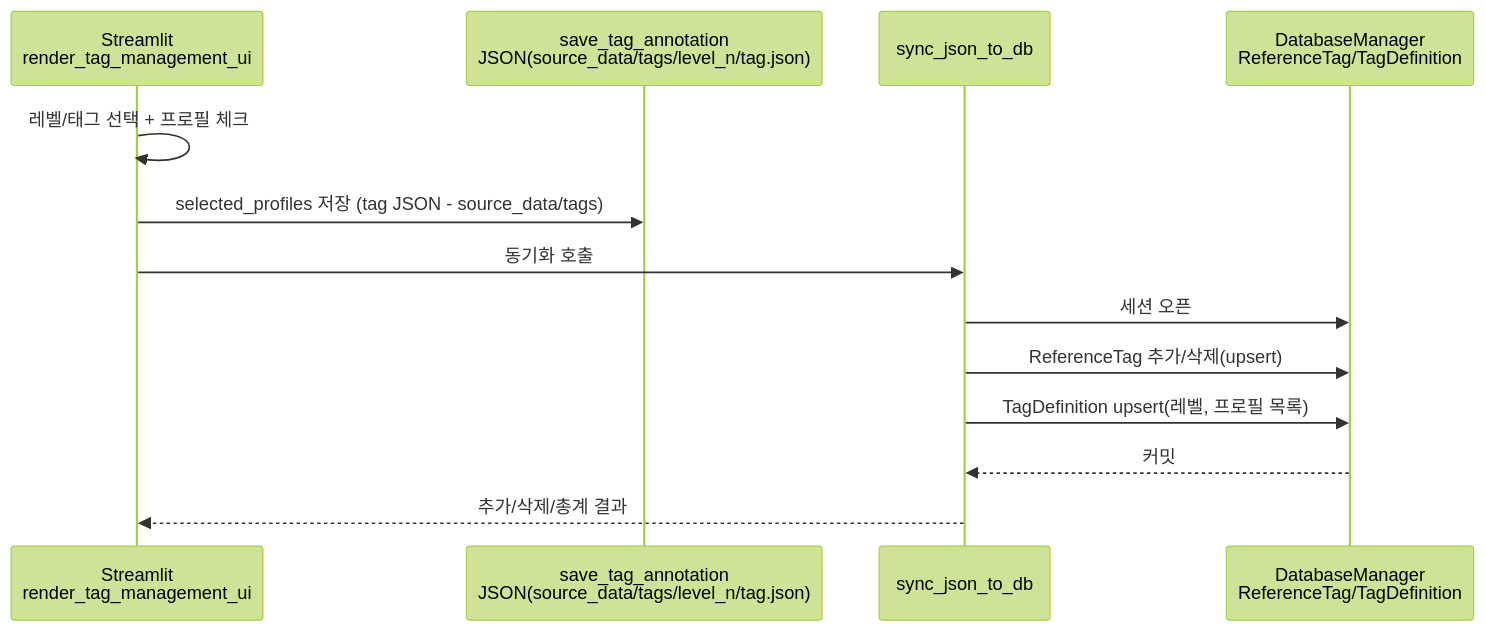
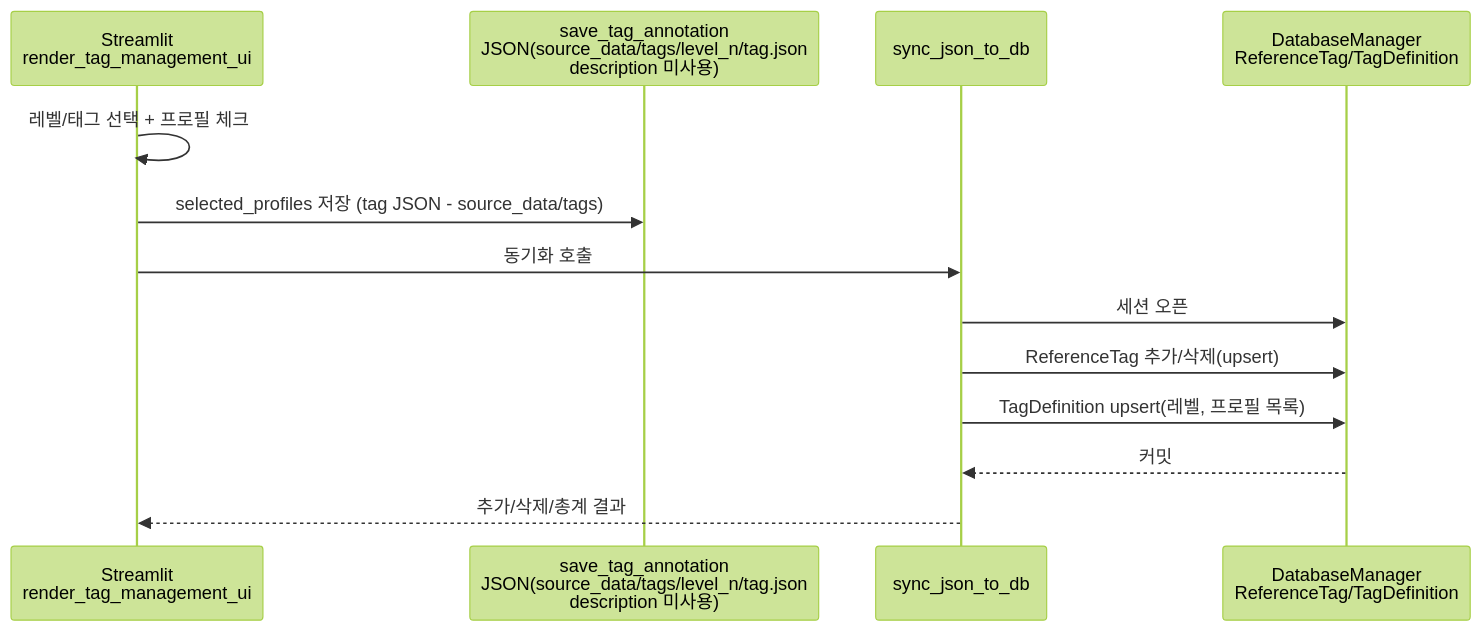
One commit to wnghgpt/back_streamlit changed the first of 2 diagrams in utils/README.md. Above: the diagram before and after it, drawn with Mermaid (forest theme). The commit also changed other lines of this file and 1 other file, not shown here.

````diff
--- a/utils/README.md
+++ b/utils/README.md
@@ -36,16 +36,16 @@
 ```mermaid
 sequenceDiagram
     participant UI as Streamlit<br/>render_tag_management_ui
-    participant File as save_tag_annotation<br/>JSON(source_data/tags/level_n/tag.json)
+    participant File as save_tag_annotation<br/>JSON(source_data/tags/level_n/tag.json<br/>description 미사용)
     participant Sync as sync_json_to_db
     participant DB as DatabaseManager<br/>ReferenceTag/TagDefinition
 
     UI->>UI: 레벨/태그 선택 + 프로필 체크
     UI->>File: selected_profiles 저장 (tag JSON - source_data/tags)
     UI->>Sync: 동기화 호출
     Sync->>DB: 세션 오픈
     Sync->>DB: ReferenceTag 추가/삭제(upsert)
     Sync->>DB: TagDefinition upsert(레벨, 프로필 목록)
     DB-->>Sync: 커밋
     Sync-->>UI: 추가/삭제/총계 결과
 ```
````
